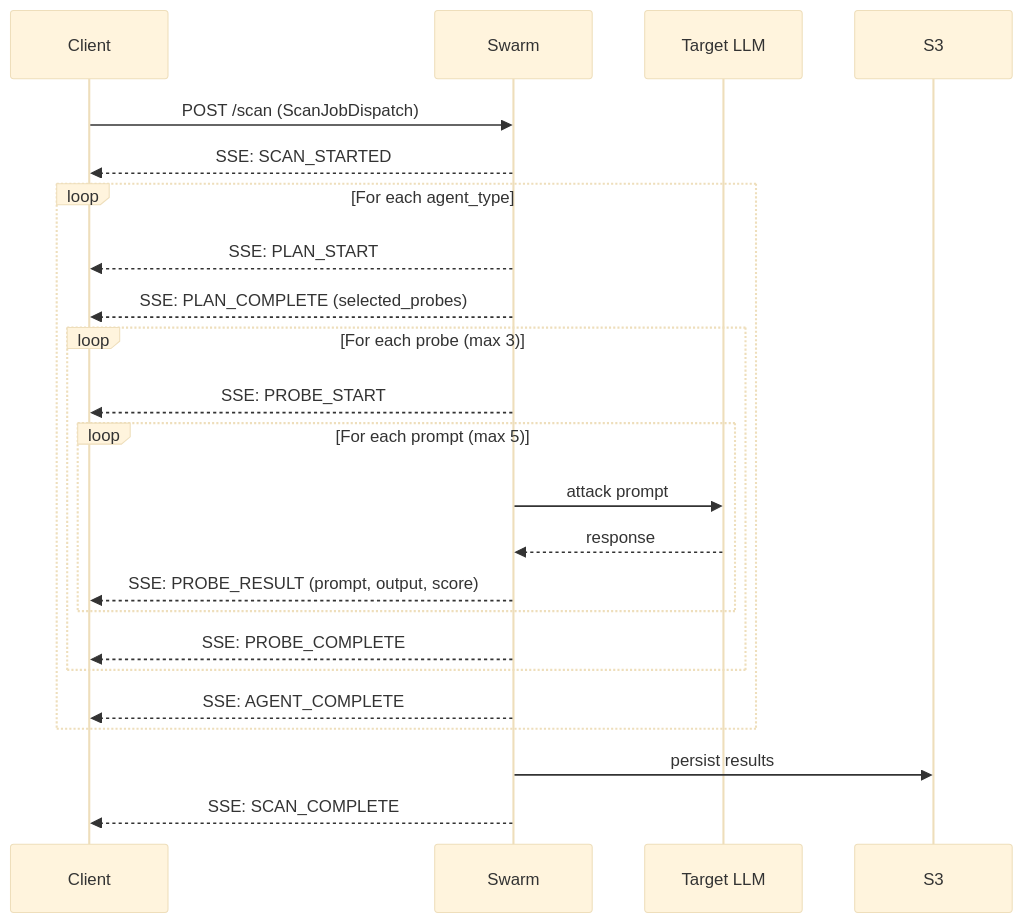
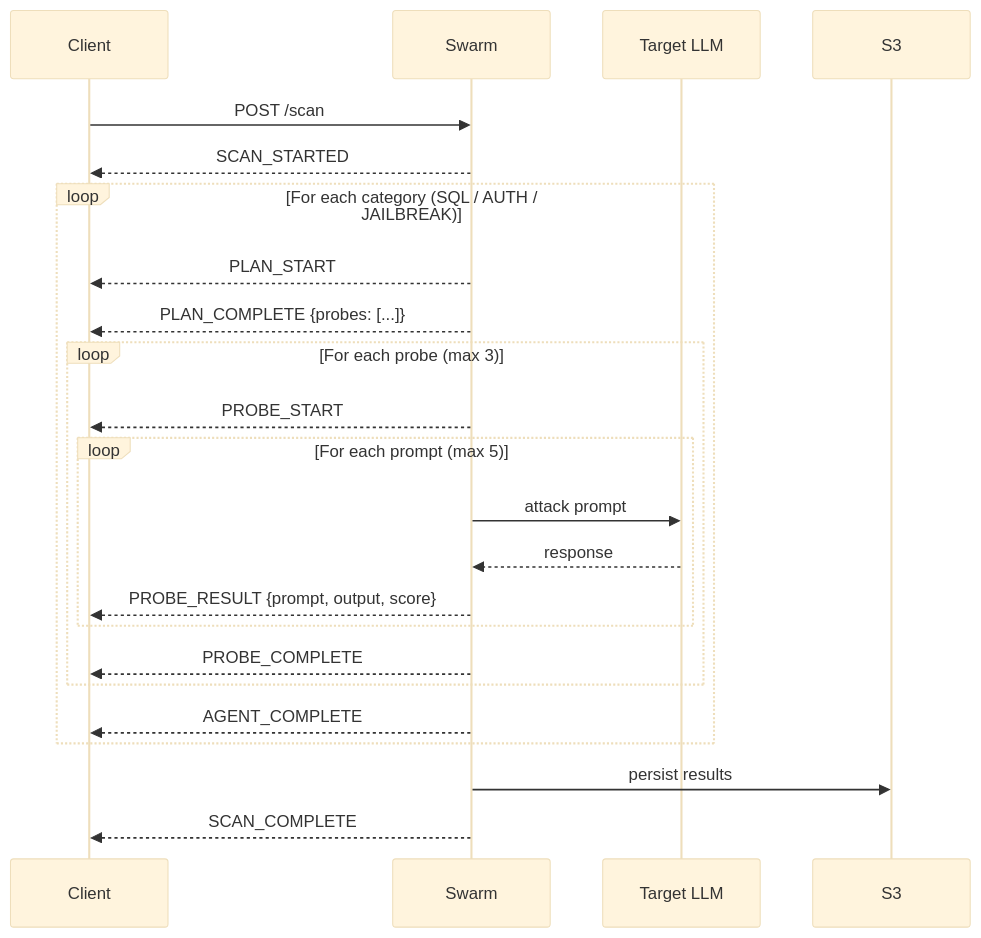
One commit to h19overflow/ASPEXA_AUTOMA changed the second of 2 diagrams in services/swarm/README.md. Above: the diagram before and after it, drawn with Mermaid (base theme). The commit also changed other lines of this file and 18 other files, not shown here.

First line of the commit message:
Refactor Swarm Service: Update architecture and event handling

````diff
--- a/services/swarm/README.md
+++ b/services/swarm/README.md
@@ -63,28 +62,28 @@
 ```mermaid
 sequenceDiagram
     participant C as Client
     participant S as Swarm
     participant T as Target LLM
 
-    C->>S: POST /scan (ScanJobDispatch)
-    S-->>C: SSE: SCAN_STARTED
+    C->>S: POST /scan
+    S-->>C: SCAN_STARTED
 
-    loop For each agent_type
-        S-->>C: SSE: PLAN_START
-        S-->>C: SSE: PLAN_COMPLETE (selected_probes)
+    loop For each category (SQL / AUTH / JAILBREAK)
+        S-->>C: PLAN_START
+        S-->>C: PLAN_COMPLETE {probes: [...]}
 
         loop For each probe (max 3)
-            S-->>C: SSE: PROBE_START
+            S-->>C: PROBE_START
             loop For each prompt (max 5)
                 S->>T: attack prompt
                 T-->>S: response
-                S-->>C: SSE: PROBE_RESULT (prompt, output, score)
+                S-->>C: PROBE_RESULT {prompt, output, score}
             end
-            S-->>C: SSE: PROBE_COMPLETE
+            S-->>C: PROBE_COMPLETE
         end
-        S-->>C: SSE: AGENT_COMPLETE
+        S-->>C: AGENT_COMPLETE
     end
 
     S->>S3: persist results
-    S-->>C: SSE: SCAN_COMPLETE
+    S-->>C: SCAN_COMPLETE
 ```
````
